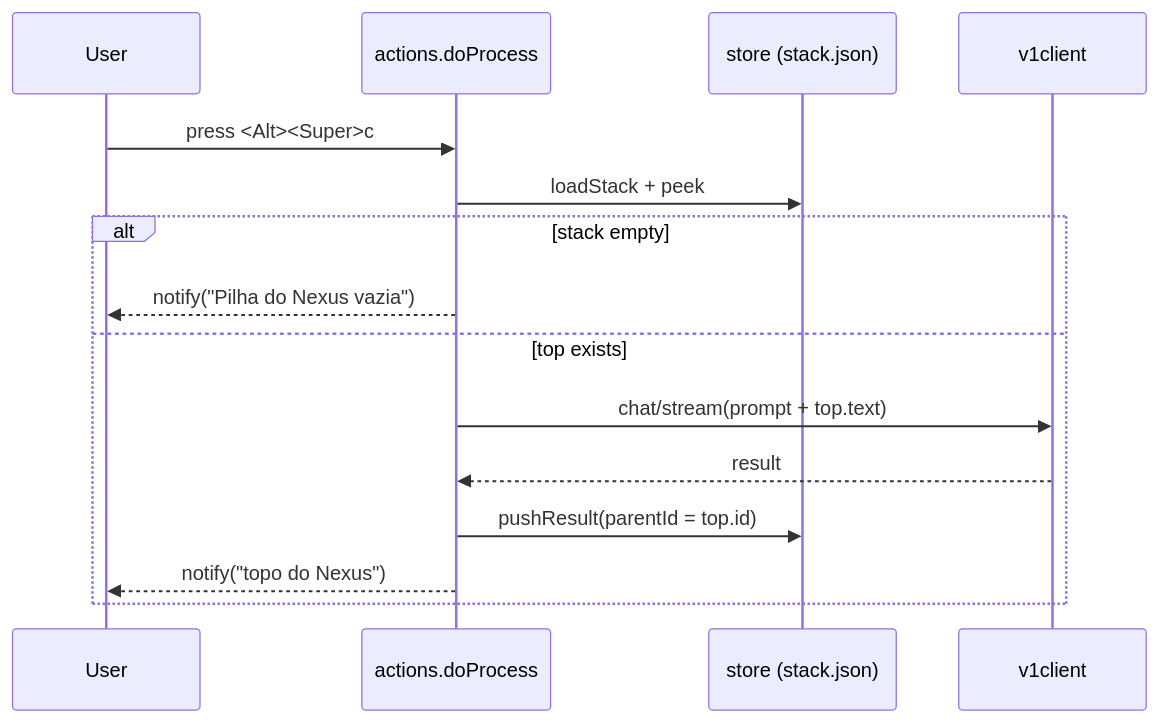
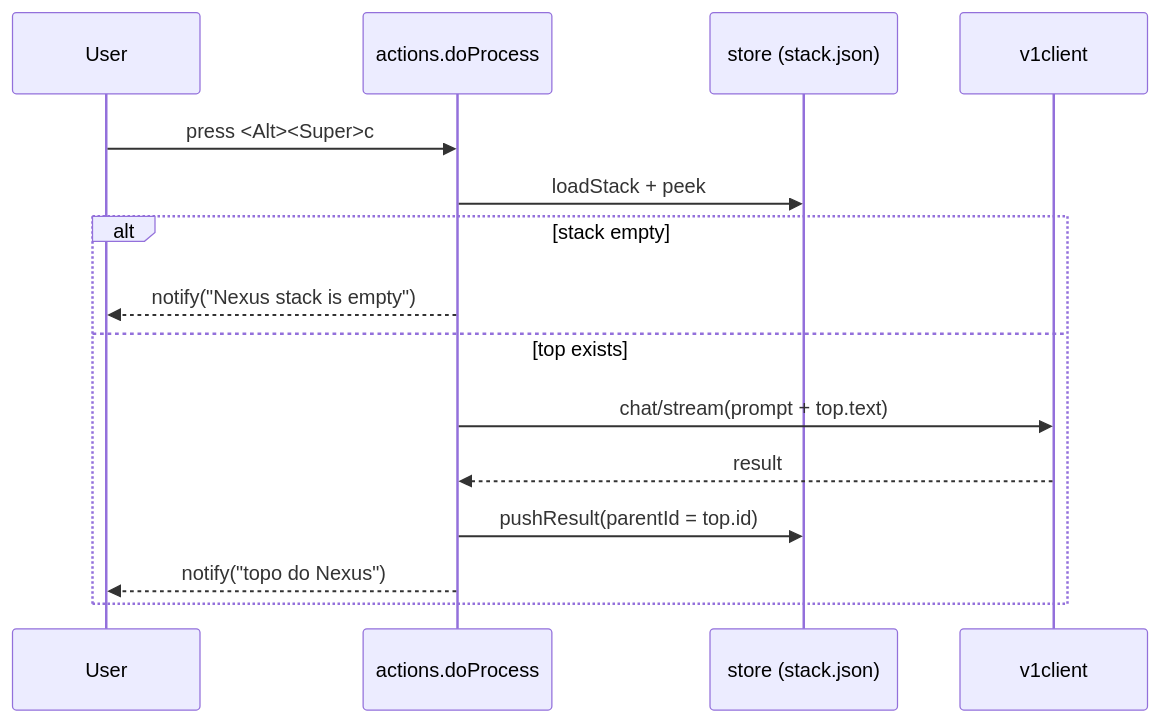
The third of 5 diagrams in docs/ARCHITECTURE.md (bbanho/nexus-clip-gnome), drawn with Mermaid before and after one commit. The commit also changed other lines of this file and 9 other files, not shown here.

````diff
--- a/docs/ARCHITECTURE.md
+++ b/docs/ARCHITECTURE.md
@@ -144,17 +144,17 @@
 ```mermaid
 sequenceDiagram
   participant U as User
   participant S as actions.doProcess
   participant St as store (stack.json)
   participant V as v1client
   U->>S: press <Alt><Super>c
   S->>St: loadStack + peek
   alt stack empty
-    S-->>U: notify("Pilha do Nexus vazia")
+    S-->>U: notify("Nexus stack is empty")
   else top exists
     S->>V: chat/stream(prompt + top.text)
     V-->>S: result
     S->>St: pushResult(parentId = top.id)
     S-->>U: notify("topo do Nexus")
   end
 ```
````
